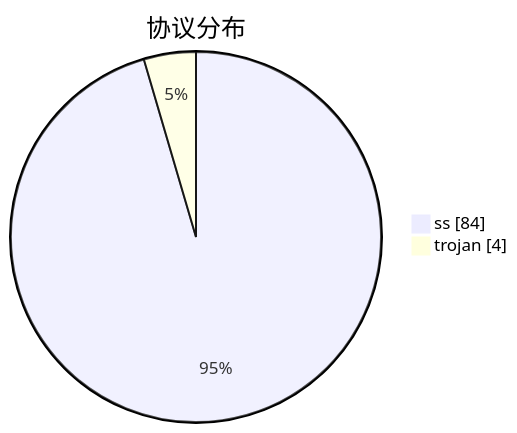
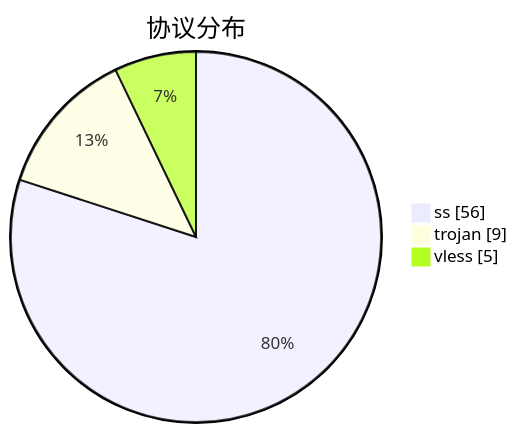
One commit to qjlxg/airport changed the third of 3 diagrams in subs/statistics/tested_within.md. Above: the diagram before and after it, drawn with Mermaid. The commit also changed other lines of this file and 2 other files, not shown here.

````diff
--- a/subs/statistics/tested_within.md
+++ b/subs/statistics/tested_within.md
@@ -25,6 +23,7 @@
 ```mermaid
 pie showData
 title 协议分布
-"ss" : 84
-"trojan" : 4
+"ss" : 56
+"trojan" : 9
+"vless" : 5
 ```
````
